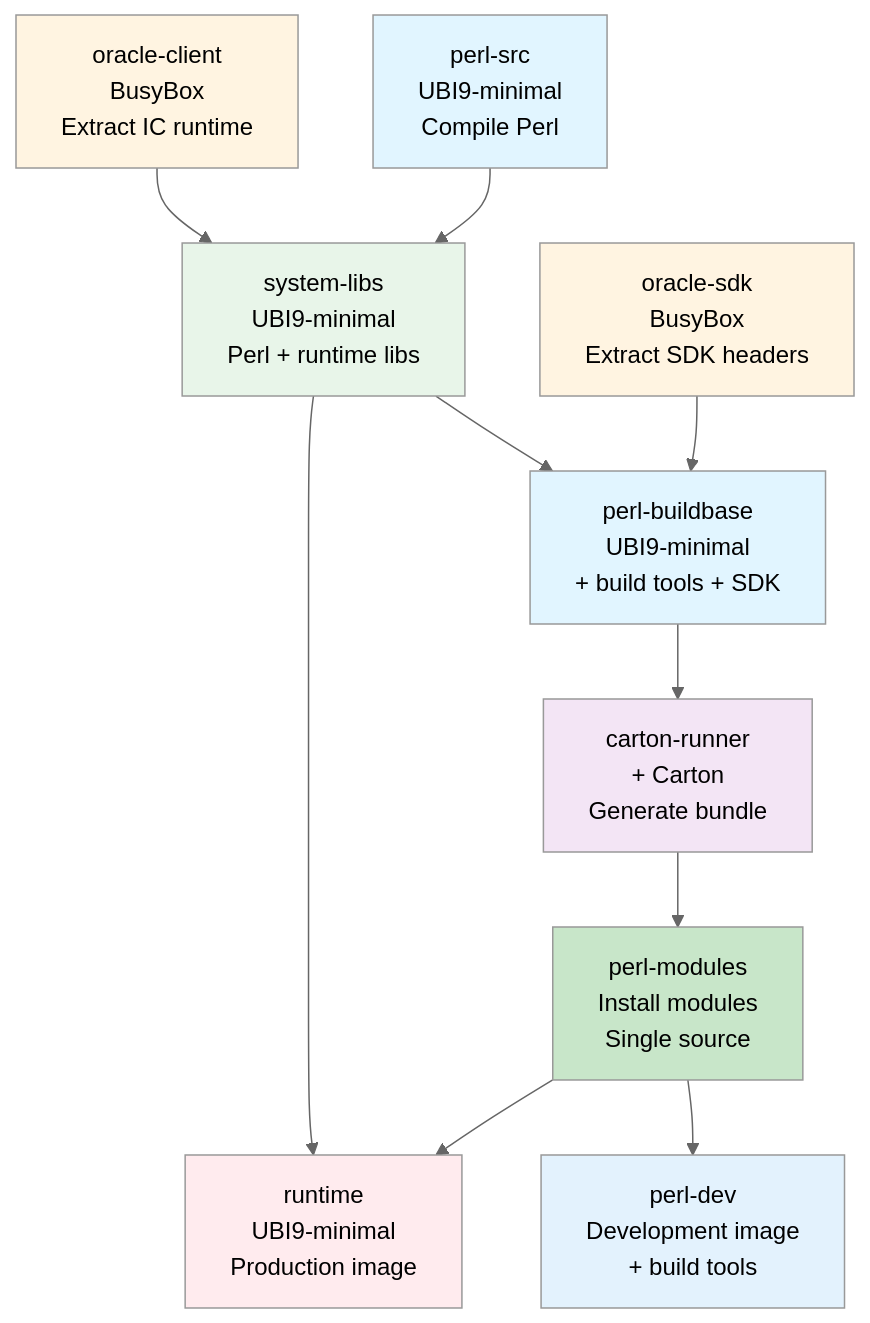
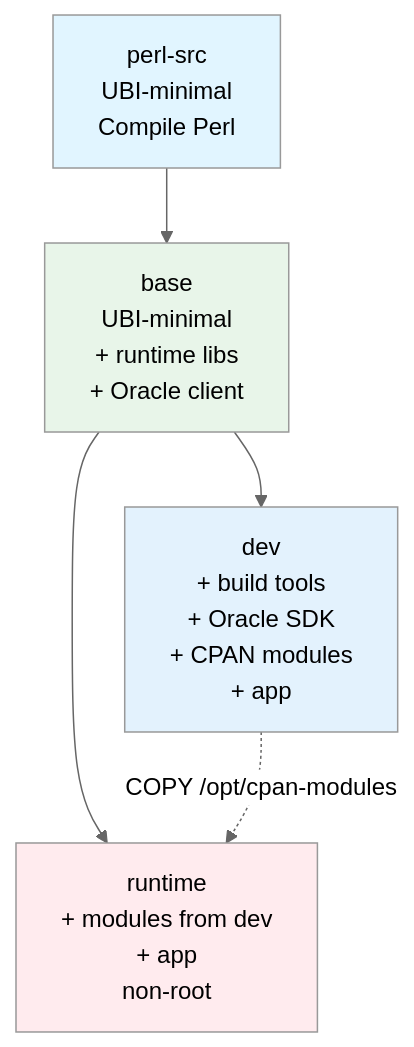
The first of 2 diagrams in README.md (mueslipolo/composePerl), drawn with Mermaid (neutral theme) before and after one commit. The commit also changed other lines of this file and 8 other files, not shown here.

````diff
--- a/README.md
+++ b/README.md
@@ -297,26 +300,12 @@
 ```mermaid
 graph TD
-    A[perl-src<br/>UBI9-minimal<br/>Compile Perl] --> D[system-libs<br/>UBI9-minimal<br/>Perl + runtime libs]
-    B[oracle-client<br/>BusyBox<br/>Extract IC runtime] --> D
-    C[oracle-sdk<br/>BusyBox<br/>Extract SDK headers] --> E
-
-    D --> E[perl-buildbase<br/>UBI9-minimal<br/>+ build tools + SDK]
-    D --> I[runtime<br/>UBI9-minimal<br/>Production image]
-
-    E --> F[carton-runner<br/>+ Carton<br/>Generate bundle]
-
-    F --> G[perl-modules<br/>Install modules<br/>Single source]
-
-    G --> H[perl-dev<br/>Development image<br/>+ build tools]
-    G --> I
+    A[perl-src<br/>UBI-minimal<br/>Compile Perl] --> B[base<br/>UBI-minimal<br/>+ runtime libs<br/>+ Oracle client]
+    B --> C[dev<br/>+ build tools<br/>+ Oracle SDK<br/>+ CPAN modules<br/>+ app]
+    B --> D[runtime<br/>+ modules from dev<br/>+ app<br/>non-root]
+    C -. COPY /opt/cpan-modules .-> D
 
     style A fill:#e1f5ff
-    style B fill:#fff4e1
-    style C fill:#fff4e1
-    style D fill:#e8f5e9
-    style E fill:#e1f5ff
-    style F fill:#f3e5f5
-    style G fill:#c8e6c9
-    style H fill:#e3f2fd
-    style I fill:#ffebee
+    style B fill:#e8f5e9
+    style C fill:#e3f2fd
+    style D fill:#ffebee
 ```
````
